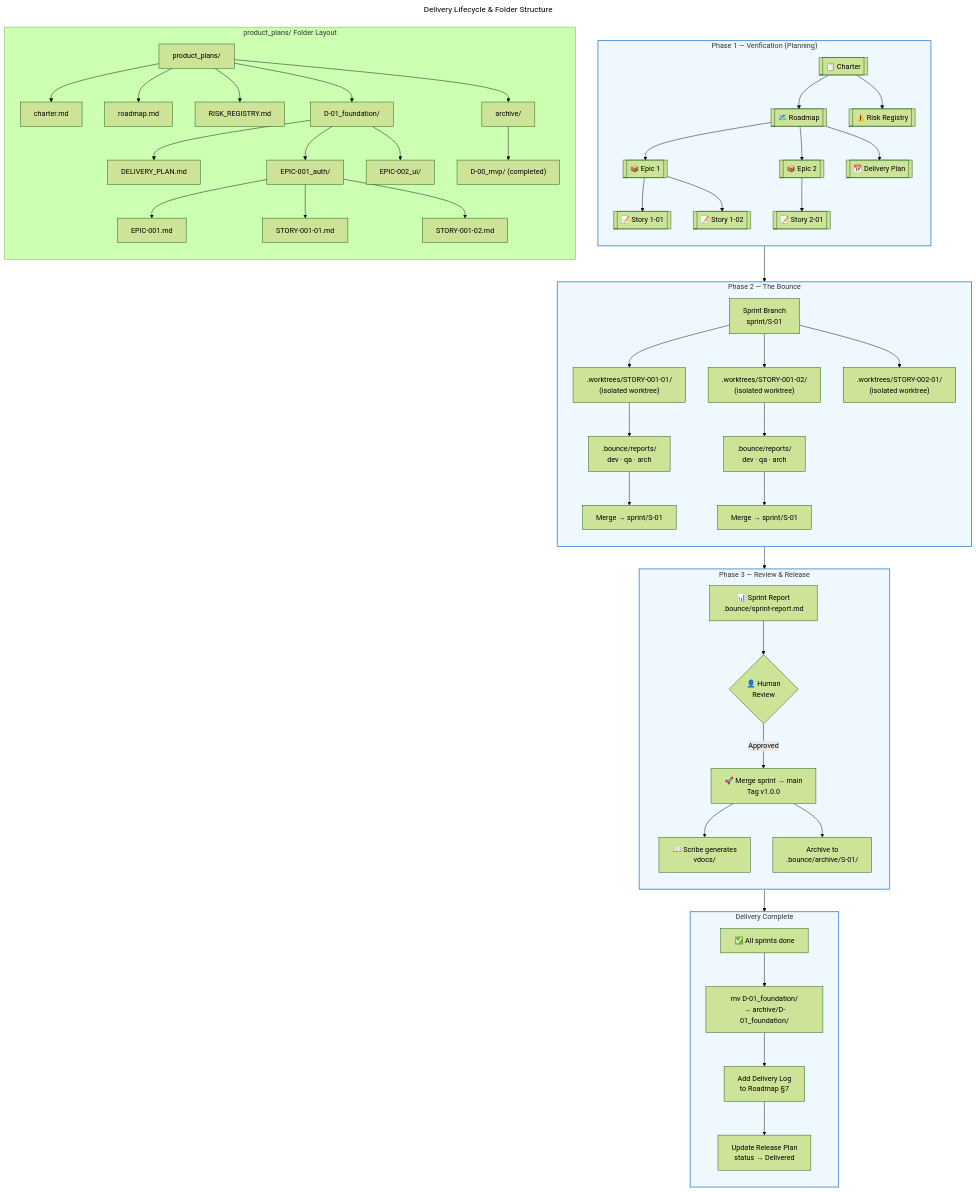
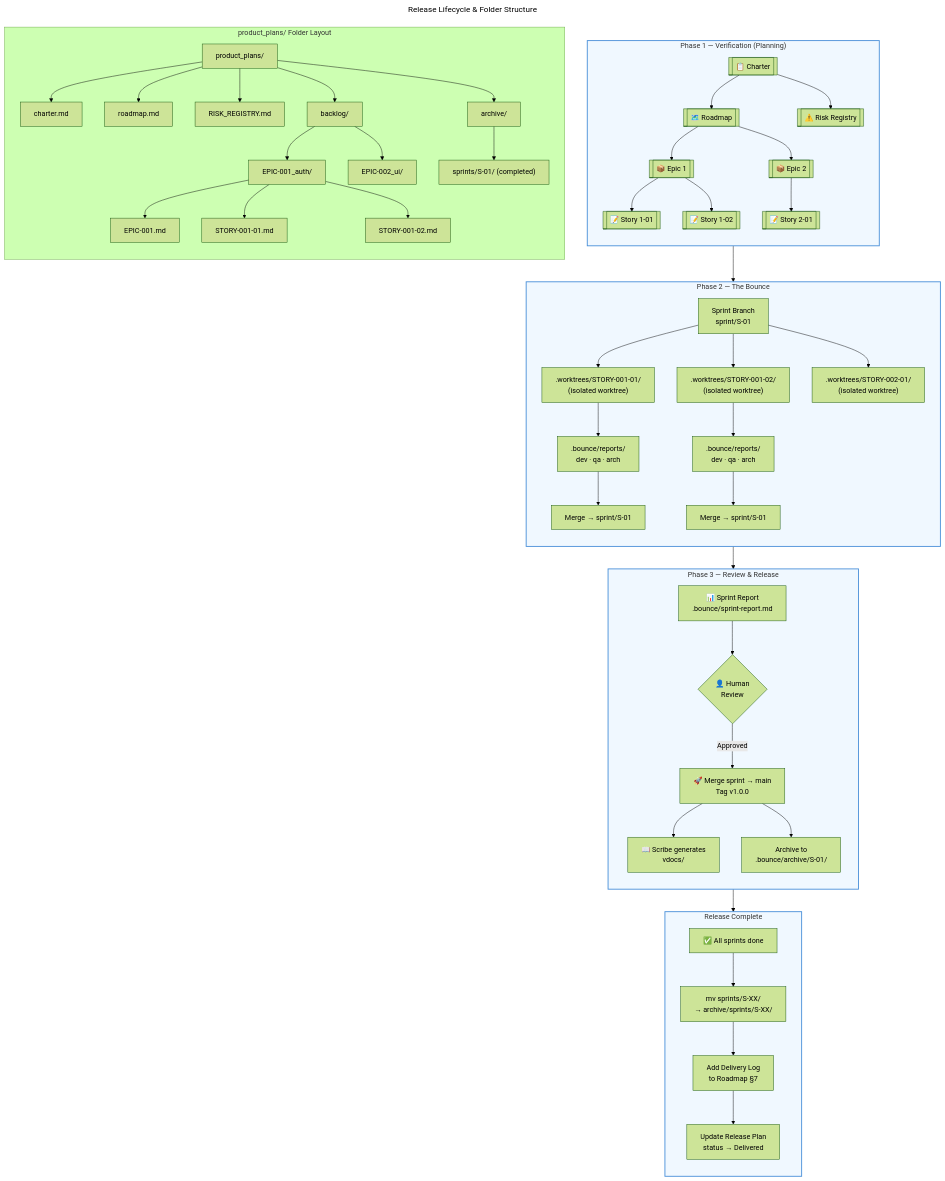
One commit to sandrinio/V-Bounce-OS changed the diagram in diagrams/04-delivery-lifecycle.mermaid. Above: the diagram before and after it, drawn with Mermaid (forest theme). The commit also changed 60 other files, not shown here.

```diff
--- a/diagrams/04-delivery-lifecycle.mermaid
+++ b/diagrams/04-delivery-lifecycle.mermaid
@@ -1,73 +1,71 @@
 ---
-title: "Delivery Lifecycle & Folder Structure"
+title: "Release Lifecycle & Folder Structure"
 ---
 flowchart TB
     subgraph planning["Phase 1 — Verification (Planning)"]
         direction TB
         C[["📋 Charter"]] --> R[["🗺️ Roadmap"]]
         R --> E1[["📦 Epic 1"]]
         R --> E2[["📦 Epic 2"]]
         E1 --> S1[["📝 Story 1-01"]]
         E1 --> S2[["📝 Story 1-02"]]
         E2 --> S3[["📝 Story 2-01"]]
-        R --> DP[["📅 Delivery Plan"]]
         C --> RR[["⚠️ Risk Registry"]]
     end
 
     subgraph folders["product_plans/ Folder Layout"]
         direction TB
         root["product_plans/"]
         root --> charter["charter.md"]
         root --> roadmap["roadmap.md"]
         root --> risk["RISK_REGISTRY.md"]
-        root --> d1["D-01_foundation/"]
-        d1 --> dplan["DELIVERY_PLAN.md"]
-        d1 --> ep1["EPIC-001_auth/"]
+        root --> backlog["backlog/"]
+        backlog --> ep1["EPIC-001_auth/"]
         ep1 --> epic1doc["EPIC-001.md"]
         ep1 --> story1["STORY-001-01.md"]
         ep1 --> story2["STORY-001-02.md"]
-        d1 --> ep2["EPIC-002_ui/"]
+        backlog --> ep2["EPIC-002_ui/"]
         root --> archive["archive/"]
-        archive --> d_old["D-00_mvp/ (completed)"]
+        archive --> s_old["sprints/S-01/ (completed)"]
     end
 
     subgraph bounce["Phase 2 — The Bounce"]
         direction TB
         sprint["Sprint Branch\nsprint/S-01"]
         sprint --> wt1[".worktrees/STORY-001-01/\n(isolated worktree)"]
         sprint --> wt2[".worktrees/STORY-001-02/\n(isolated worktree)"]
         sprint --> wt3[".worktrees/STORY-002-01/\n(isolated worktree)"]
 
         wt1 --> reports1[".bounce/reports/\ndev · qa · arch"]
         wt2 --> reports2[".bounce/reports/\ndev · qa · arch"]
 
         reports1 --> merge1["Merge → sprint/S-01"]
         reports2 --> merge2["Merge → sprint/S-01"]
     end
 
     subgraph review["Phase 3 — Review & Release"]
         direction TB
         sr["📊 Sprint Report\n.bounce/sprint-report.md"]
         sr --> human{"👤 Human\nReview"}
         human -->|Approved| release["🚀 Merge sprint → main\nTag v1.0.0"]
         release --> docs["📖 Scribe generates\nvdocs/"]
         release --> archiveSprint["Archive to\n.bounce/archive/S-01/"]
     end
 
-    subgraph delivery_complete["Delivery Complete"]
+    subgraph delivery_complete["Release Complete"]
         direction TB
         verify["✅ All sprints done"]
-        verify --> move["mv D-01_foundation/\n→ archive/D-01_foundation/"]
+        verify --> move["mv sprints/S-XX/\n→ archive/sprints/S-XX/"]
         move --> log["Add Delivery Log\nto Roadmap §7"]
         log --> status["Update Release Plan\nstatus → Delivered"]
     end
 
     planning --> bounce
     bounce --> review
     review --> delivery_complete
 
     classDef phase fill:#f0f8ff,stroke:#4A90D9,stroke-width:2px
     classDef folder fill:#fff8dc,stroke:#DAA520,stroke-width:1px
     classDef action fill:#e8f5e9,stroke:#27AE60,stroke-width:1px
 
     class planning,bounce,review,delivery_complete phase
```
